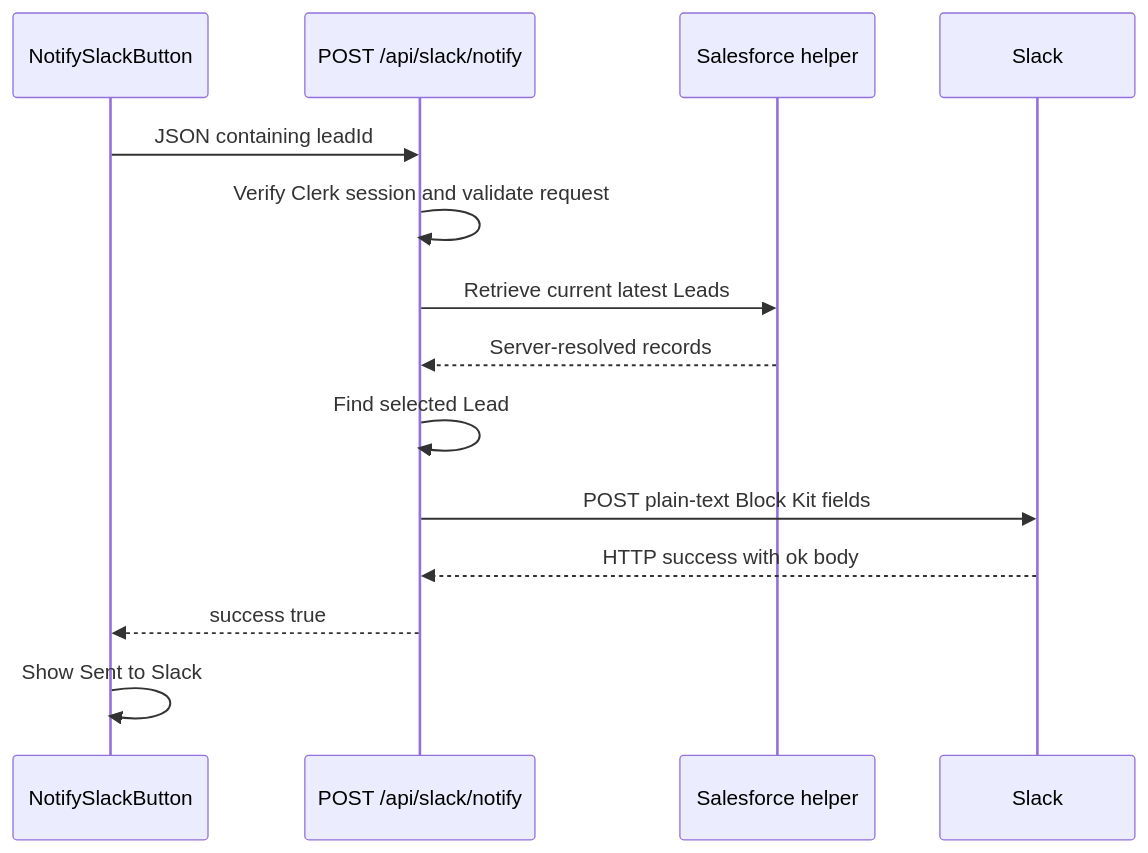
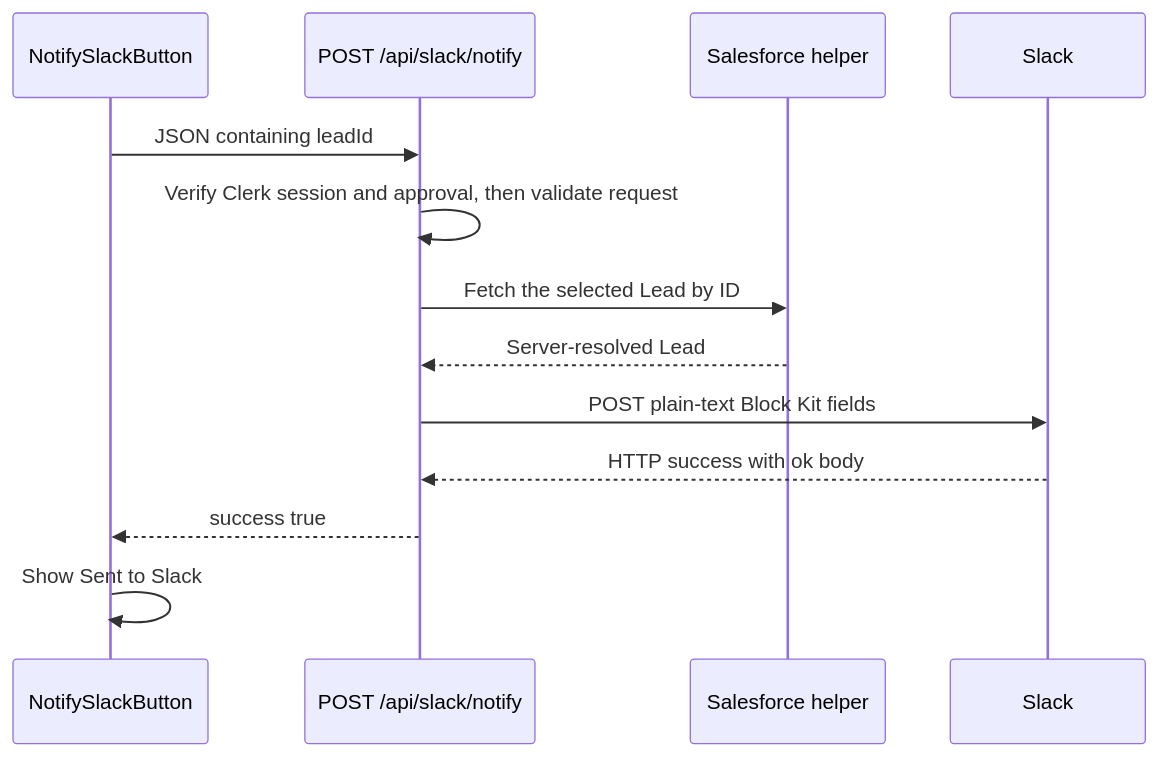
One commit to pua-jeanne/salesforce-lead-hub changed the sixth of 6 diagrams in docs/PROJECT_GUIDE.md. Above: the diagram before and after it, drawn with Mermaid. The commit also changed other lines of this file, not shown here.

````diff
--- a/docs/PROJECT_GUIDE.md
+++ b/docs/PROJECT_GUIDE.md
@@ -181,16 +184,15 @@
 ```mermaid
 sequenceDiagram
     participant UI as NotifySlackButton
     participant API as POST /api/slack/notify
     participant SF as Salesforce helper
     participant Slack
     UI->>API: JSON containing leadId
-    API->>API: Verify Clerk session and validate request
-    API->>SF: Retrieve current latest Leads
-    SF-->>API: Server-resolved records
-    API->>API: Find selected Lead
+    API->>API: Verify Clerk session and approval, then validate request
+    API->>SF: Fetch the selected Lead by ID
+    SF-->>API: Server-resolved Lead
     API->>Slack: POST plain-text Block Kit fields
     Slack-->>API: HTTP success with ok body
     API-->>UI: success true
     UI->>UI: Show Sent to Slack
 ```
````
